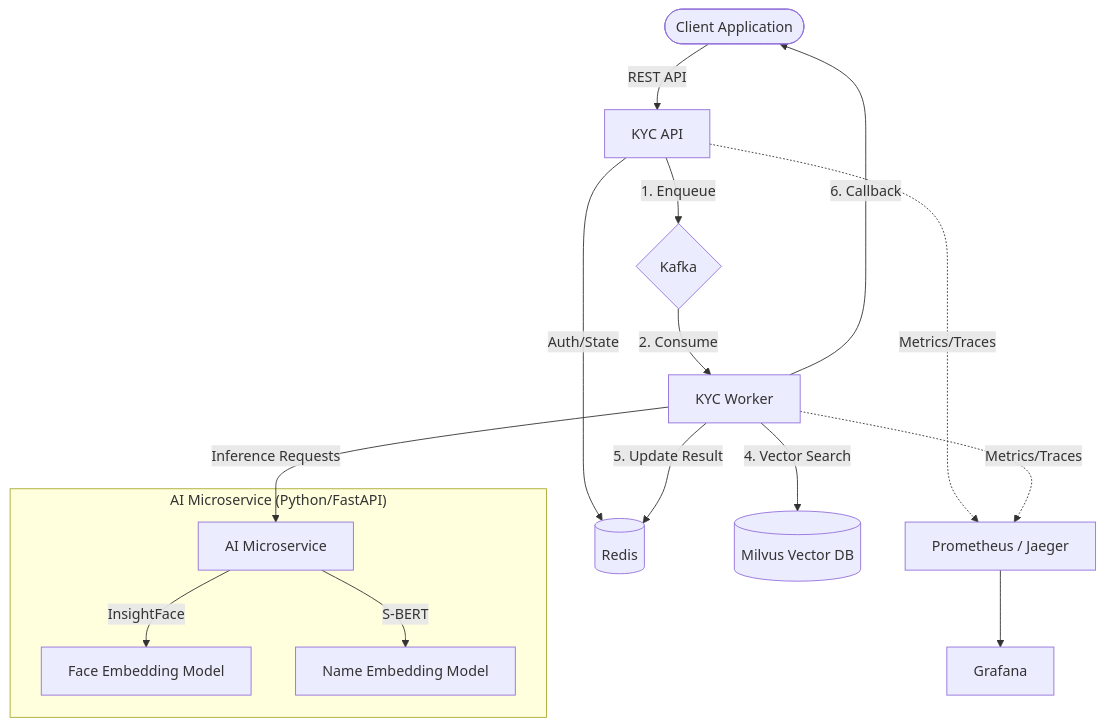
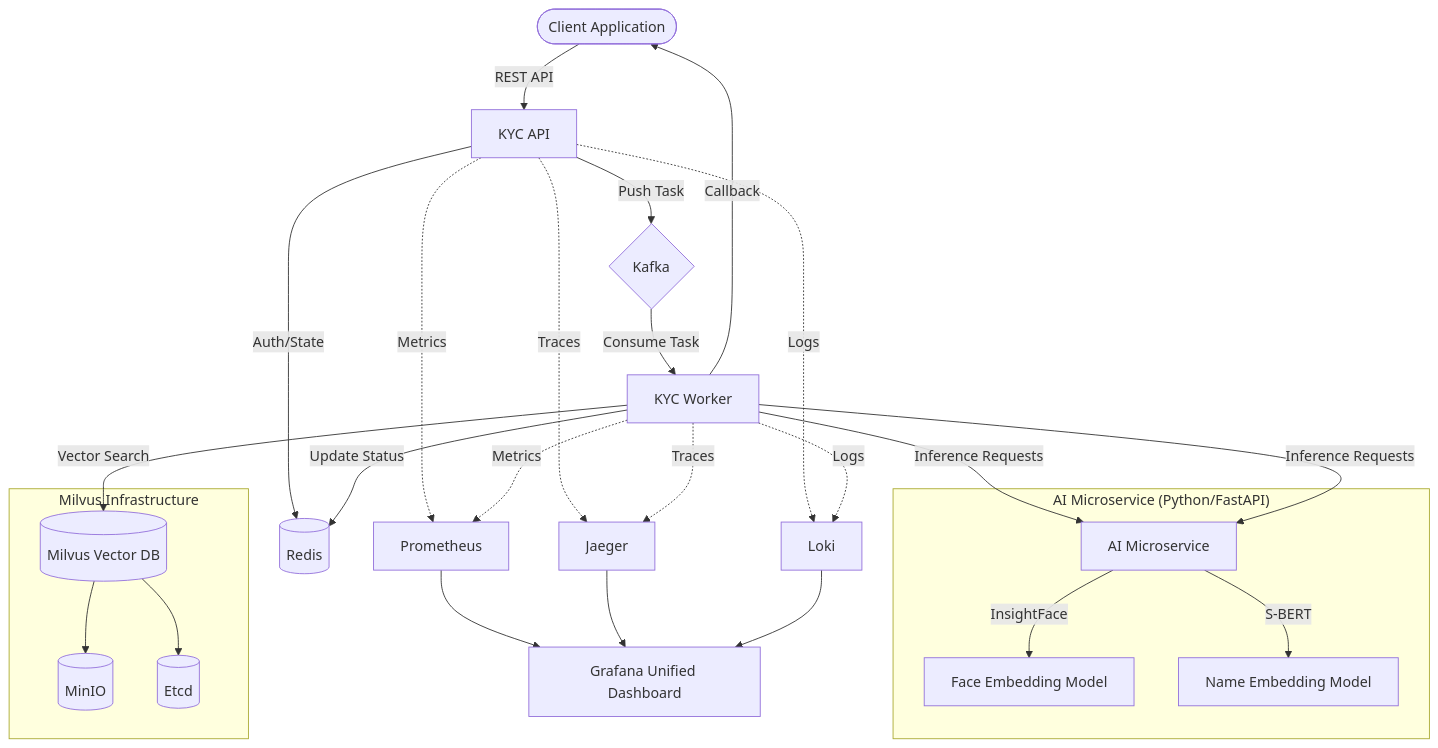
One commit to Vk1033/goverify-engine changed the diagram in README.md. Above: the diagram before and after it, drawn with Mermaid. The commit also changed other lines of this file, not shown here.

Commit message:
docs: update architectural documentation and diagrams to reflect multi-modal verification and demographic hashing implementation.

````diff
--- a/README.md
+++ b/README.md
@@ -30,29 +31,47 @@
 ```mermaid
 graph TD
     %% External
     Client([Client Application]) -->|REST API| API[KYC API]
     API -->|Auth/State| Redis[(Redis)]
     
     %% Orchestration
-    API -->|1. Enqueue| Kafka{Kafka}
-    Kafka -->|2. Consume| Worker[KYC Worker]
+    API -->|Push Task| Kafka{Kafka}
+    Kafka -->|Consume Task| Worker[KYC Worker]
     
     %% Processing
+    Worker -->|Inference Requests| AI[AI Microservice]
     Worker -->|Inference Requests| AI[AI Microservice]
     subgraph "AI Microservice (Python/FastAPI)"
         AI -->|InsightFace| FaceModel[Face Embedding Model]
         AI -->|S-BERT| NameModel[Name Embedding Model]
     end
     
+    %% %% Business Logic
+    %% Worker -->|Semantic Similarity| Cosine[Cosine Similarity]
+    %% Worker -->|Identity Security| AES[AES-GCM / Argon2]
+    
     %% Data Store
-    Worker -->|4. Vector Search| Milvus[(Milvus Vector DB)]
+    Worker -->|Vector Search| Milvus[(Milvus Vector DB)]
+    subgraph "Milvus Infrastructure"
+        Milvus --> MinIO[(MinIO)]
+        Milvus --> Etcd[(Etcd)]
+    end
     
     %% Status & Callbacks
-    Worker -->|5. Update Result| Redis
-    Worker -->|6. Callback| Client
+    Worker -->|Update Status| Redis
+    Worker -->|Callback| Client
     
     %% Observability
-    API -.->|Metrics/Traces| Prom[Prometheus / Jaeger]
-    Worker -.->|Metrics/Traces| Prom
-    Prom --> Grafana[Grafana]
+    API -.->|Metrics| Prom[Prometheus]
+    Worker -.->|Metrics| Prom
+    
+    API -.->|Traces| Jaeger[Jaeger]
+    Worker -.->|Traces| Jaeger
+    
+    API -.->|Logs| Loki[Loki]
+    Worker -.->|Logs| Loki
+    
+    Prom --> Grafana[Grafana Unified Dashboard]
+    Jaeger --> Grafana
+    Loki --> Grafana
 ```
````
